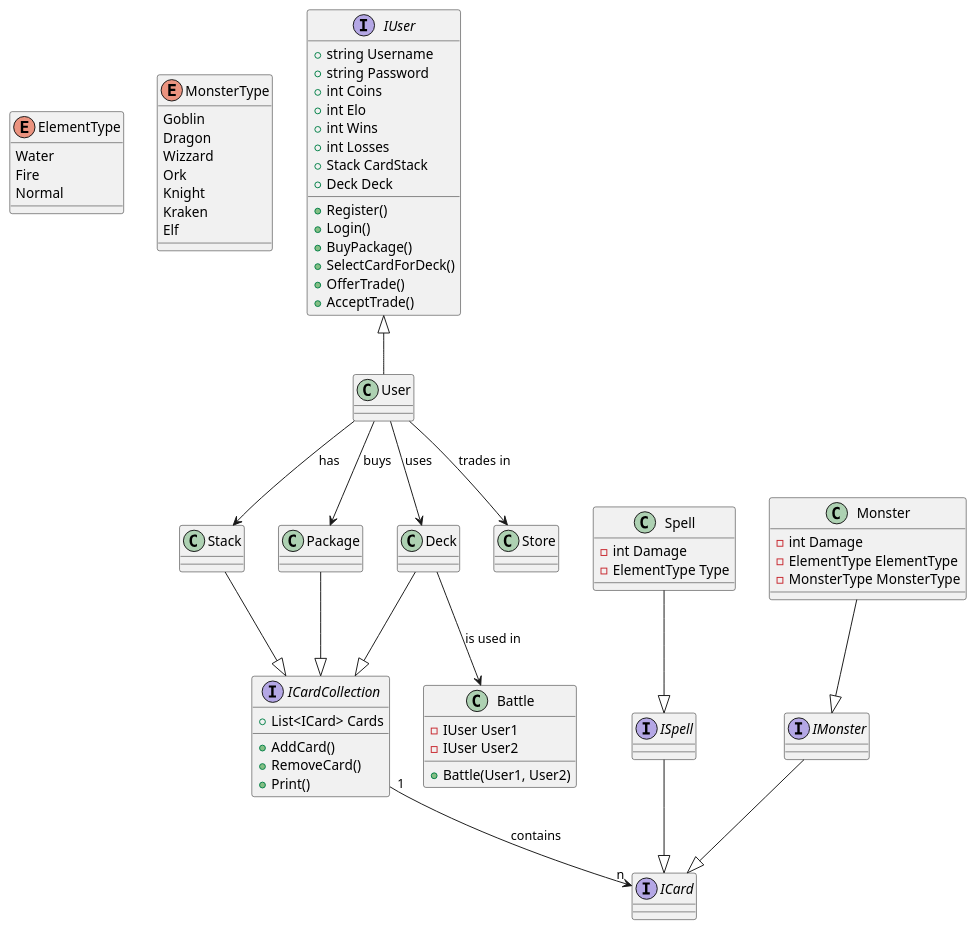
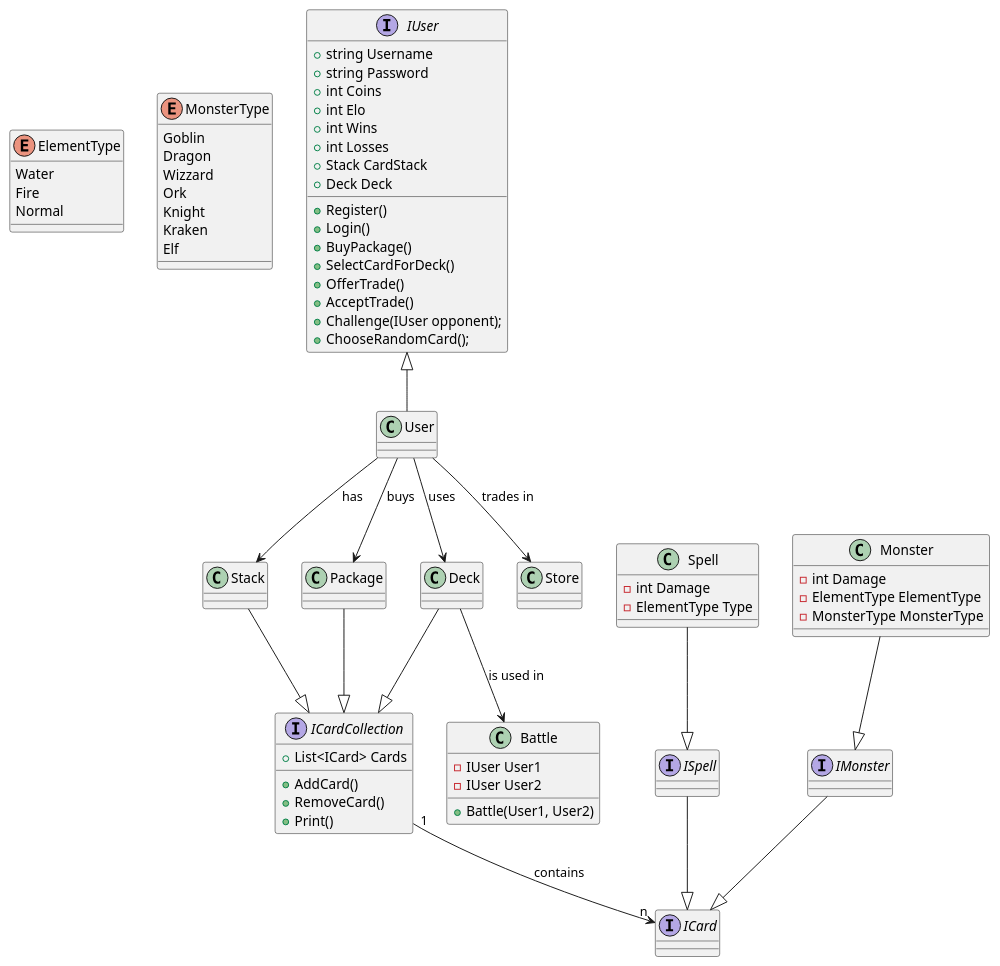
Before and after one commit to jakobfriedl/monster-trading-card-game: the diagram in uml.pu, drawn with PlantUML. The commit also changed 243 other files, not shown here.

```diff
--- a/uml.pu
+++ b/uml.pu
@@ -1,107 +1,109 @@
 @startuml Projekt: Monster Trading Card Game 
 
 enum ElementType{
     Water
     Fire
     Normal
 }
 
 enum MonsterType{
     Goblin
     Dragon
     Wizzard 
     Ork 
     Knight
     Kraken
     Elf 
 }
 
 interface IUser{
     + string Username 
     + string Password
     + int Coins 
     + int Elo
     + int Wins
     + int Losses
     + Stack CardStack
     + Deck Deck
     + Register()
     + Login()
     + BuyPackage()
     + SelectCardForDeck()
     + OfferTrade()
     + AcceptTrade()
+    + Challenge(IUser opponent);
+    + ChooseRandomCard(); 
 }
 
 class User{
 }
 IUser <|-- User
 
 interface ICard{
 
 }
 
 interface ISpell{
 
 }
 ISpell --|> ICard
 
 interface IMonster{
 
 }
 IMonster --|> ICard
 
 class Spell{
     - int Damage
     - ElementType Type
 }
 Spell --|> ISpell
 
 class Monster{
     - int Damage
     - ElementType ElementType
     - MonsterType MonsterType
 }
 Monster --|> IMonster
 
 class Stack{
 
 }
 User --> Stack : has
 
 class Package{
 
 }
 User --> Package : buys
 
 class Deck{
 
 }
 User --> Deck : uses
 
 interface ICardCollection{
     + List<ICard> Cards
     + AddCard()
     + RemoveCard()
     + Print()
 }
 Stack --|> ICardCollection
 Package --|> ICardCollection
 Deck --|> ICardCollection
 ICardCollection "1" --> "n" ICard : contains
 
 class Store{
 
 }
 User --> Store : trades in
 
 class Battle{
     - IUser User1
     - IUser User2
 
     + Battle(User1, User2)
 
 }
 Deck --> Battle : is used in
 
 @enduml
```
